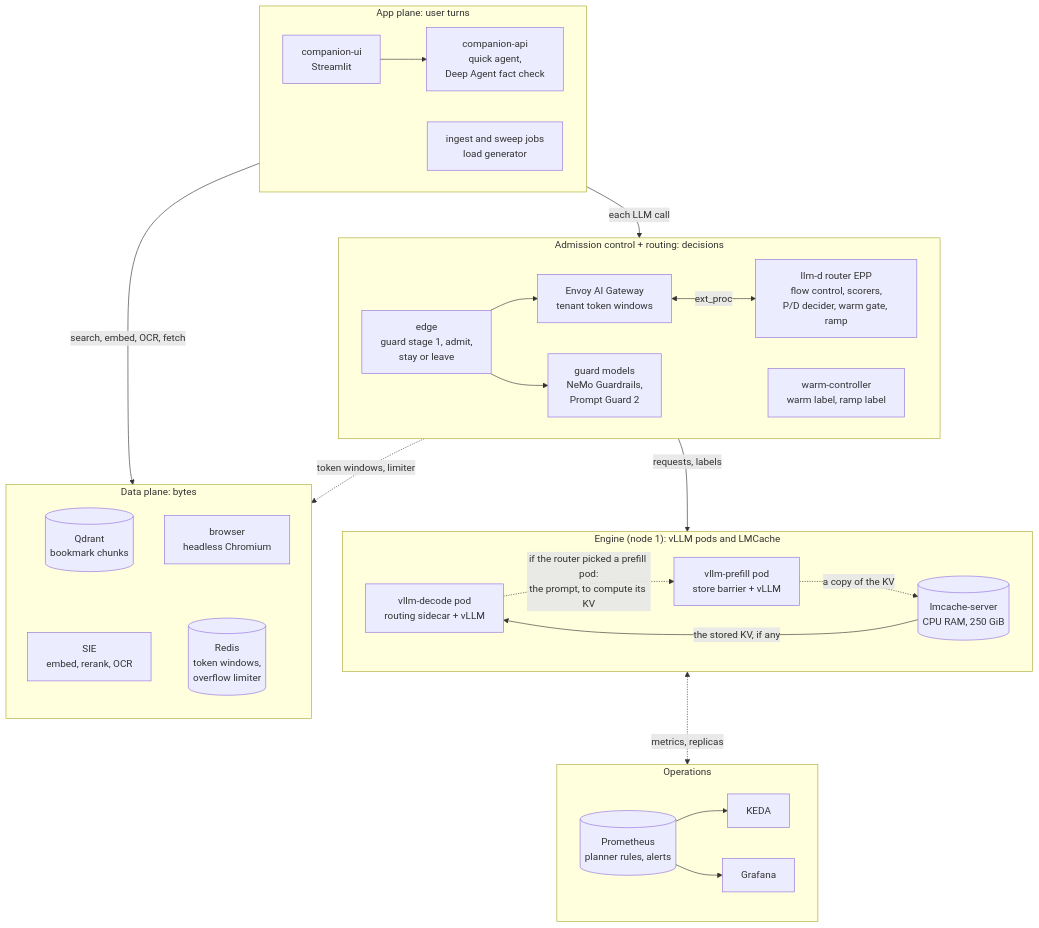
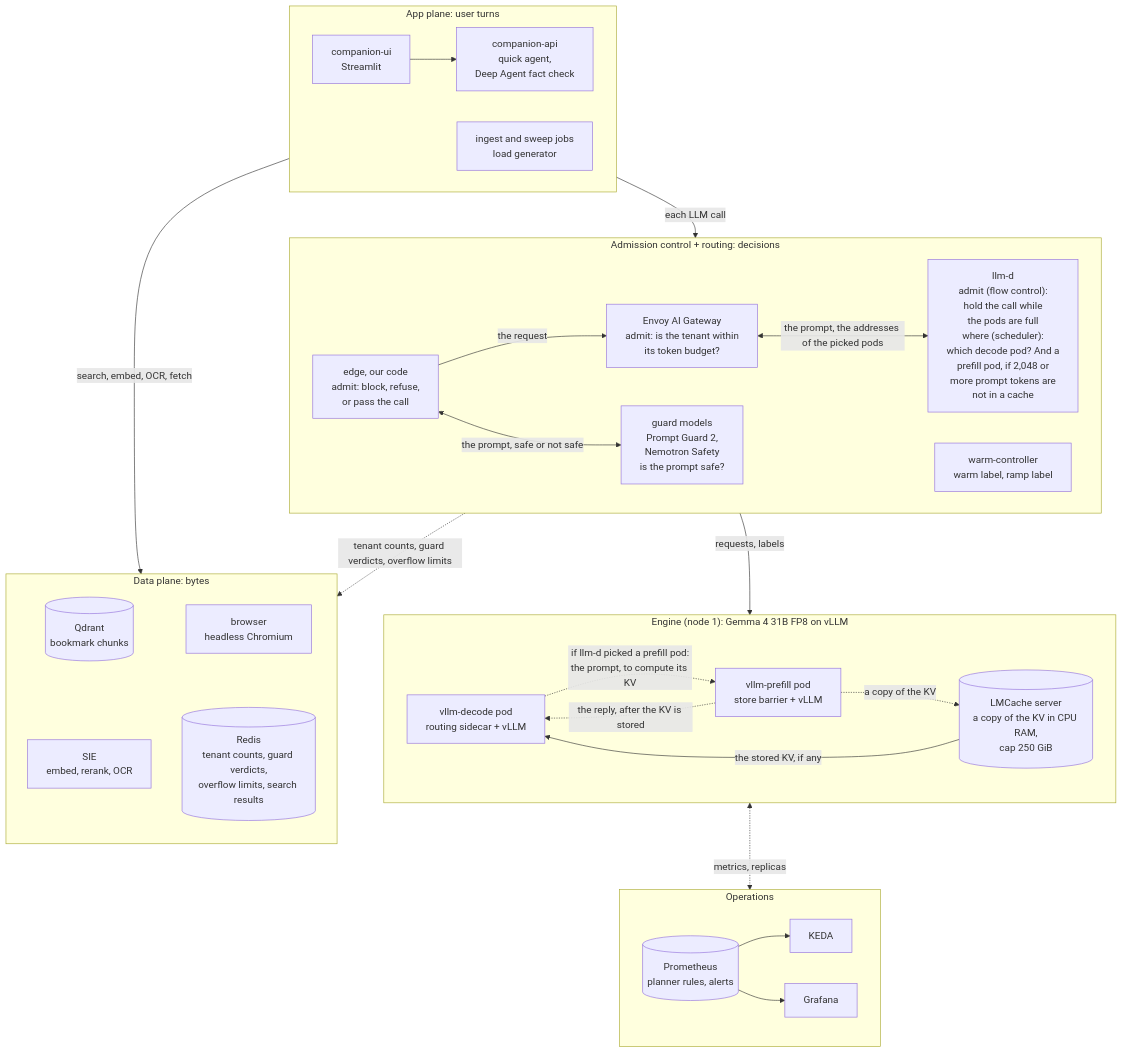
The second of 13 diagrams in docs/spec/09-architecture.md (chetananand/learning-companion-serving), drawn with Mermaid before and after one commit. The commit also changed other lines of this file and 4 other files, not shown here.

First line of the commit message:
Docs: one architecture, with the names of the slide diagram everywhere

````diff
--- a/docs/spec/09-architecture.md
+++ b/docs/spec/09-architecture.md
@@ -40,36 +46,37 @@
 ```mermaid
 flowchart TB
   subgraph appPlane[App plane: user turns]
     direction LR
     ui[companion-ui<br/>Streamlit] --> api[companion-api<br/>quick agent,<br/>Deep Agent fact check]
     jobs[ingest and sweep jobs<br/>load generator]
   end
   subgraph dataPlane[Data plane: bytes]
     direction TB
     qdrant[(Qdrant<br/>bookmark chunks)] ~~~ sie[SIE<br/>embed, rerank, OCR]
-    browser[browser<br/>headless Chromium] ~~~ redis[(Redis<br/>token windows,<br/>overflow limiter)]
+    browser[browser<br/>headless Chromium] ~~~ redis[(Redis<br/>tenant counts, guard verdicts,<br/>overflow limits, search results)]
   end
   subgraph acr[Admission control + routing: decisions]
     direction LR
-    edge[edge<br/>guard stage 1, admit,<br/>stay or leave] --> envoy[Envoy AI Gateway<br/>tenant token windows]
-    edge --> guard[guard models<br/>NeMo Guardrails,<br/>Prompt Guard 2]
-    envoy <-->|ext_proc| epp[llm-d router EPP<br/>flow control, scorers,<br/>P/D decider, warm gate, ramp]
+    edge[edge, our code<br/>admit: block, refuse,<br/>or pass the call] -->|the request| envoy[Envoy AI Gateway<br/>admit: is the tenant within<br/>its token budget?]
+    edge <-->|the prompt, safe or not safe| guard[guard models<br/>Prompt Guard 2,<br/>Nemotron Safety<br/>is the prompt safe?]
+    envoy <-->|the prompt, the addresses of the picked pods| epp["llm-d<br/>admit (flow control):<br/>hold the call while<br/>the pods are full<br/>where (scheduler):<br/>which decode pod? And a<br/>prefill pod, if 2,048 or<br/>more prompt tokens are<br/>not in a cache"]
     warm[warm-controller<br/>warm label, ramp label]
   end
-  subgraph engine["Engine (node 1): vLLM pods and LMCache"]
+  subgraph engine["Engine (node 1): Gemma 4 31B FP8 on vLLM"]
     direction LR
-    dec[vllm-decode pod<br/>routing sidecar + vLLM] -.->|if the router picked a prefill pod:<br/>the prompt, to compute its KV| pre[vllm-prefill pod<br/>store barrier + vLLM]
-    pre -.->|a copy of the KV| lmc[(lmcache-server<br/>CPU RAM, 250 GiB)]
+    dec[vllm-decode pod<br/>routing sidecar + vLLM] -.->|if llm-d picked a prefill pod:<br/>the prompt, to compute its KV| pre[vllm-prefill pod<br/>store barrier + vLLM]
+    pre -.->|the reply, after the KV is stored| dec
+    pre -.->|a copy of the KV| lmc[(LMCache server<br/>a copy of the KV in CPU RAM,<br/>cap 250 GiB)]
     lmc -->|the stored KV, if any| dec
   end
   subgraph ops[Operations]
     direction LR
     prom[(Prometheus<br/>planner rules, alerts)] --> keda[KEDA]
     prom --> graf[Grafana]
   end
   appPlane -->|search, embed, OCR, fetch| dataPlane
   appPlane -->|each LLM call| acr
-  acr -.->|token windows, limiter| dataPlane
+  acr -.->|tenant counts, guard verdicts, overflow limits| dataPlane
   acr -->|requests, labels| engine
   engine <-.->|metrics, replicas| ops
 ```
````
